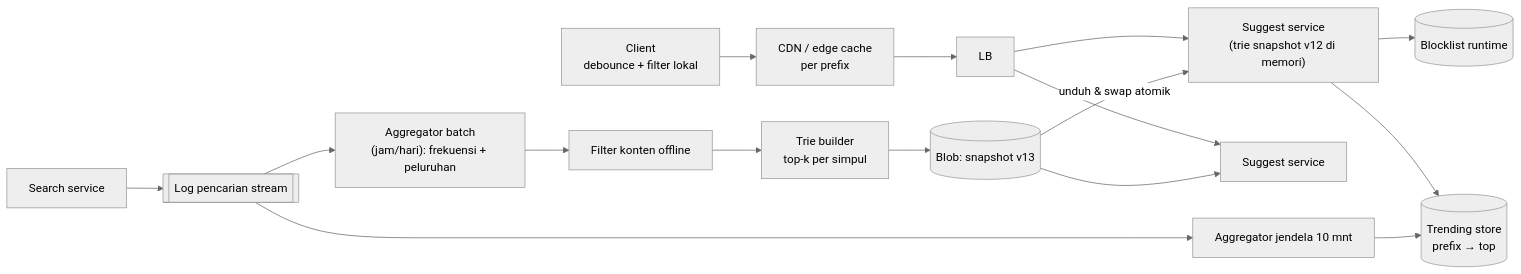
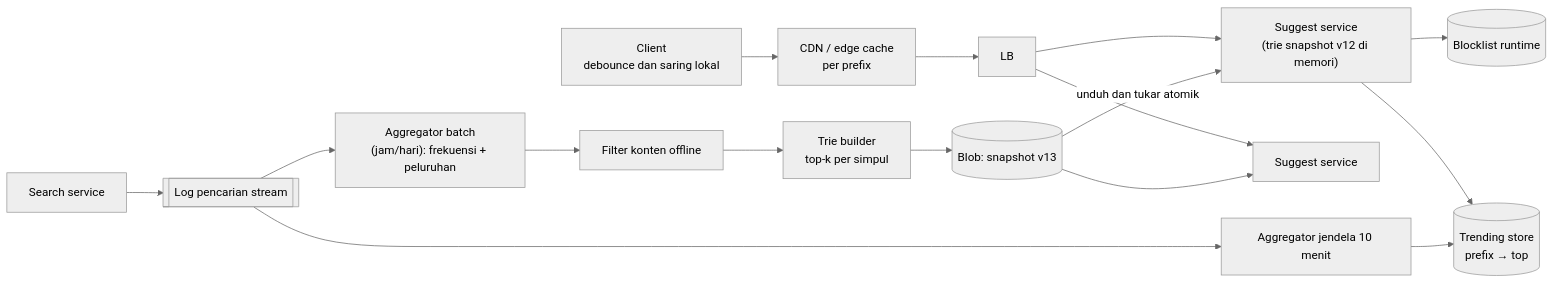
One commit to andreanpradanaa/sysdesign-lab changed the first of 2 diagrams in src/content/lessons/bagian-3/typeahead.mdx. Above: the diagram before and after it, drawn with Mermaid (neutral theme). The commit also changed other lines of this file and 17 other files, not shown here.

````diff
--- a/src/content/lessons/bagian-3/typeahead.mdx
+++ b/src/content/lessons/bagian-3/typeahead.mdx
@@ -136,17 +137,17 @@
 ```mermaid
 flowchart LR
-  C[Client\ndebounce + filter lokal] --> E[CDN / edge cache\nper prefix]
+  C[Client\ndebounce dan saring lokal] --> E[CDN / edge cache\nper prefix]
   E --> GW[LB]
   GW --> S1["Suggest service\n(trie snapshot v12 di memori)"]
   GW --> S2[Suggest service]
-  S1 --> BL[(Blocklist runtime)]
-  S1 --> TR[(Trending store\nprefix → top)]
-  SRCH[Search service] --> LOG[[Log pencarian stream]]
+  S1 --> BL[("Blocklist runtime")]
+  S1 --> TR[("Trending store\nprefix → top")]
+  SRCH[Search service] --> LOG[["Log pencarian stream"]]
   LOG --> AGG["Aggregator batch\n(jam/hari): frekuensi + peluruhan"]
   AGG --> FIL[Filter konten offline]
   FIL --> BUILD[Trie builder\ntop-k per simpul]
-  BUILD --> SNAP[(Blob: snapshot v13)]
-  SNAP -->|unduh & swap atomik| S1
+  BUILD --> SNAP[("Blob: snapshot v13")]
+  SNAP -->|unduh dan tukar atomik| S1
   SNAP --> S2
-  LOG --> TAGG[Aggregator jendela 10 mnt] --> TR
+  LOG --> TAGG[Aggregator jendela 10 menit] --> TR
 ```
````
